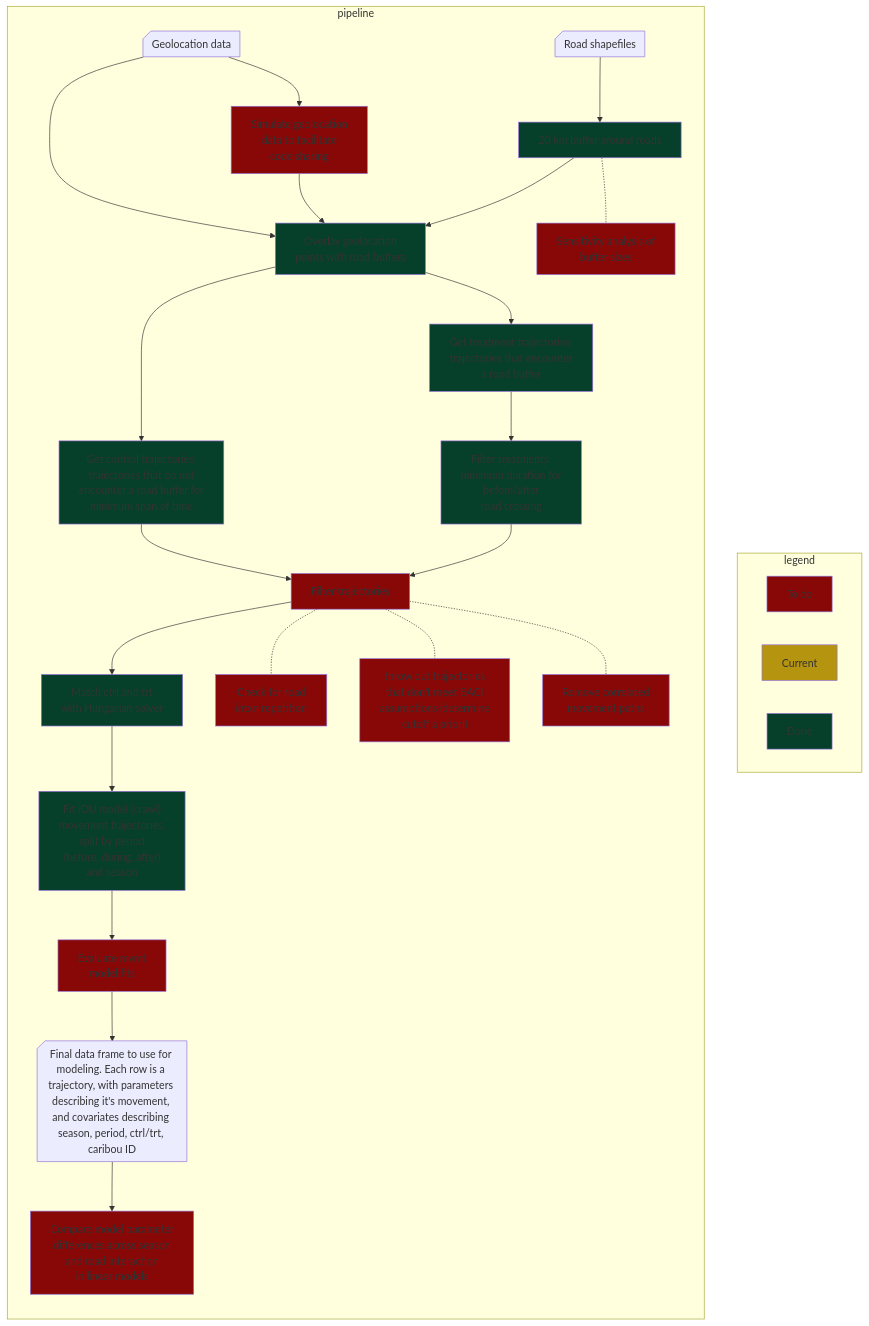
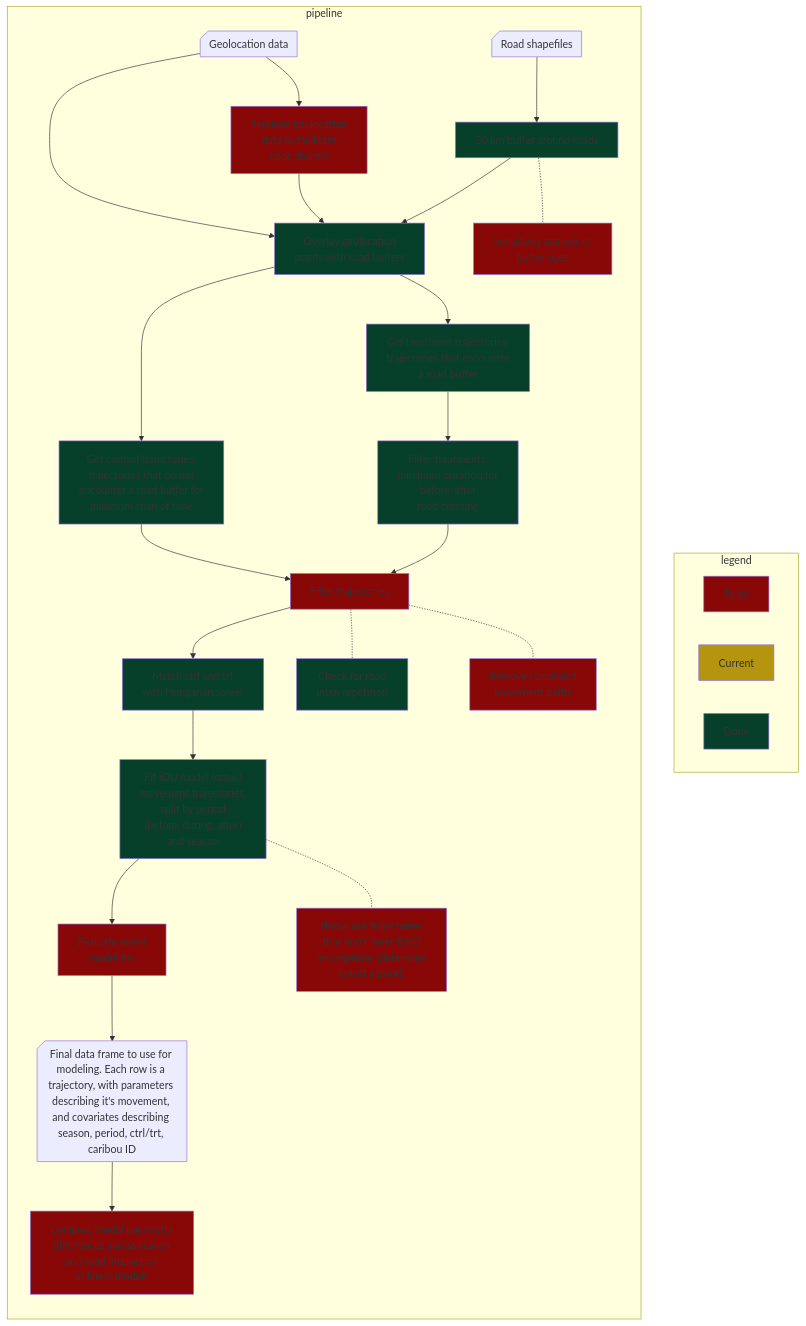
One commit to kchalkowski/MvBACI changed the diagram in Documents/mvBACIpipeline.mmd. Above: the diagram before and after it, drawn with Mermaid. The commit also changed 4 other files, not shown here.

```diff
--- a/Documents/mvBACIpipeline.mmd
+++ b/Documents/mvBACIpipeline.mmd
@@ -1,65 +1,65 @@
 ---
 config:
   flowchart:
     htmlLabels: false
 ---
 
 
 flowchart TB
 subgraph legend
 	direction LR
     todo["`To do`"]:::todo
     current["`Current`"]:::current
     done["`Done`"]:::done
 	end
 	subgraph pipeline
 	direction TB
 		geolocdat["`Geolocation data`"]
 		roaddat["`Road shapefiles`"]
 		roadbuff["`20 km buffer around roads`"]
 		overlay["`Overlay geolocation <br> points with road buffers`"]
 		procdata["`Get treatment trajectories: <br> trajectories that encounter <br> a road buffer`"]
 		procdatact["`Get control trajectories: <br> trajectories that do not <br> encounter a road buffer for <br> minimum span of time`"]
 		filterdata["`Filter treatments: <br> minimum duration for <br> before/after <br> road crossing`"]
     OUmod["`Fit iOU model (crawl) <br> movement trajectories, <br> split by period <br> (before, during, after) <br> and season`"]
     BACIfilter["`throw out trajectories <br> that don't meet BACI <br> assumptions (determine <br> cutoff a priori)`"]
     Linearmodels["`Compare model parameter <br> differences across season <br> and road interaction <br> in linear models`"]
 		buffersens["`Sensitivity analysis of <br> buffer sizes`"]
     simdata["`Simulate geolocation <br> data to facilitate <br>code sharing`"]
     corrfilter["`Remove correlated <br>movement paths`"]
     analys["`Final data frame to use for modeling. Each row is a trajectory, with parameters describing it's movement, and covariates describing season, period, ctrl/trt, caribou ID`"]
     filterpairs["`Filter trajectories`"]
     Hungarian["`Match ctrl and trt<br> with Hungarian solver`"]
     checkpseudo["`Check for road <br>intxn repetition`"]
     evalmov["`Evaluate mvmt <br>model fits`"]
     
     geolocdat@{ shape: notch-rect }
     roaddat@{ shape: notch-rect }
     analys@{ shape: notch-rect }
     
     roadbuff-.-buffersens:::todo
     filterpairs-.-corrfilter:::todo
-    filterpairs-.-BACIfilter:::todo
-    filterpairs-.-checkpseudo:::todo
+    OUmod-.-BACIfilter:::todo
+    filterpairs-.-checkpseudo:::done
 
     geolocdat--> simdata:::todo
     simdata --> overlay    
     roaddat --> roadbuff:::done
 		roadbuff --> overlay:::done
 		geolocdat --> overlay
     overlay --> procdata:::done
     overlay --> procdatact:::done
     procdata --> filterdata:::done
     procdatact --> filterpairs:::todo
     filterdata --> filterpairs
     filterpairs --> Hungarian:::done
     Hungarian --> OUmod:::done
     OUmod --> evalmov:::todo
     evalmov --> analys
     analys --> Linearmodels:::todo
     
     end
     
     classDef todo fill:#880808
     classDef current fill:#B59410
     classDef done fill:#06402B
```
